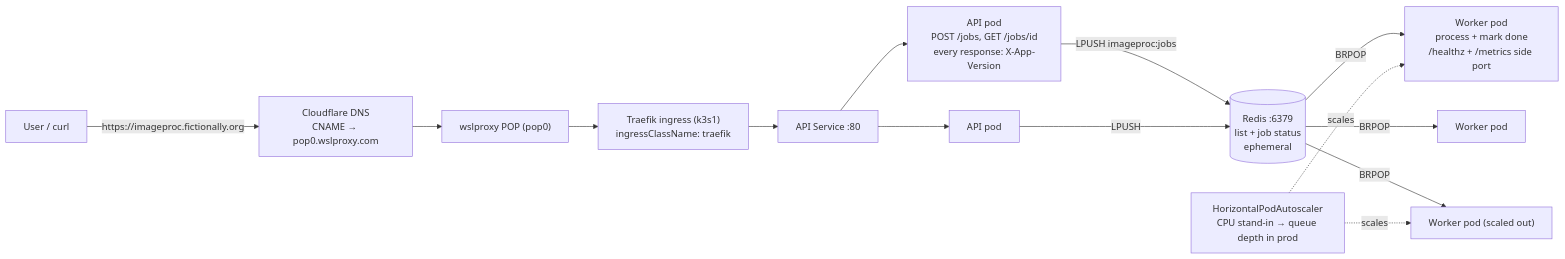
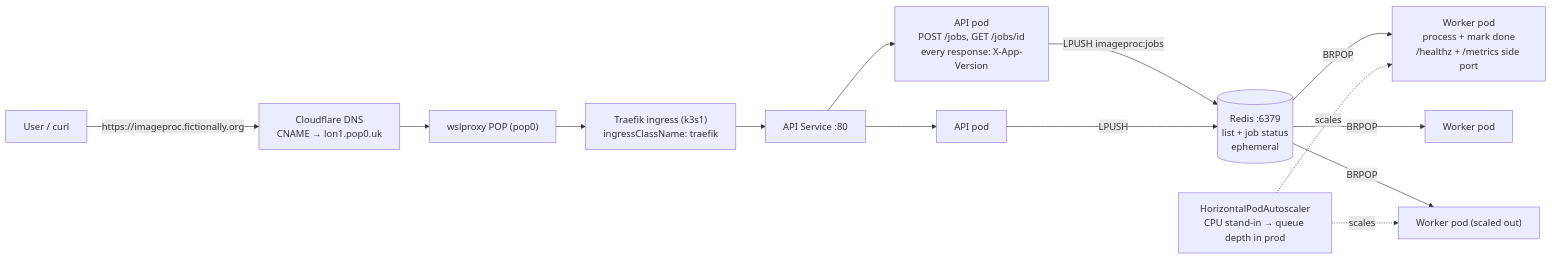
The first of 2 diagrams in training/sample-apps/image-proc/architecture.md (bwalia/ring-promoter), drawn with Mermaid before and after one commit. The commit also changed 29 other files, not shown here.

First line of the commit message:
chore(dns): repoint edge CNAME target pop0.wslproxy.com -> lon1.pop0.uk

````diff
--- a/training/sample-apps/image-proc/architecture.md
+++ b/training/sample-apps/image-proc/architecture.md
@@ -11,19 +11,19 @@
 ```mermaid
 flowchart LR
-  U["User / curl"] -->|"https://imageproc.fictionally.org"| CF["Cloudflare DNS<br/>CNAME → pop0.wslproxy.com"]
+  U["User / curl"] -->|"https://imageproc.fictionally.org"| CF["Cloudflare DNS<br/>CNAME → lon1.pop0.uk"]
   CF --> POP["wslproxy POP (pop0)"]
   POP --> TR["Traefik ingress (k3s1)<br/>ingressClassName: traefik"]
   TR --> SVC["API Service :80"]
   SVC --> A1["API pod<br/>POST /jobs, GET /jobs/id<br/>every response: X-App-Version"]
   SVC --> A2["API pod"]
 
   A1 -->|"LPUSH imageproc:jobs"| R[("Redis :6379<br/>list + job status<br/>ephemeral")]
   A2 -->|"LPUSH"| R
 
   R -->|"BRPOP"| W1["Worker pod<br/>process + mark done<br/>/healthz + /metrics side port"]
   R -->|"BRPOP"| W2["Worker pod"]
   R -->|"BRPOP"| W3["Worker pod (scaled out)"]
 
   HPA["HorizontalPodAutoscaler<br/>CPU stand-in → queue depth in prod"] -. scales .-> W1
   HPA -. scales .-> W3
 ```
````
